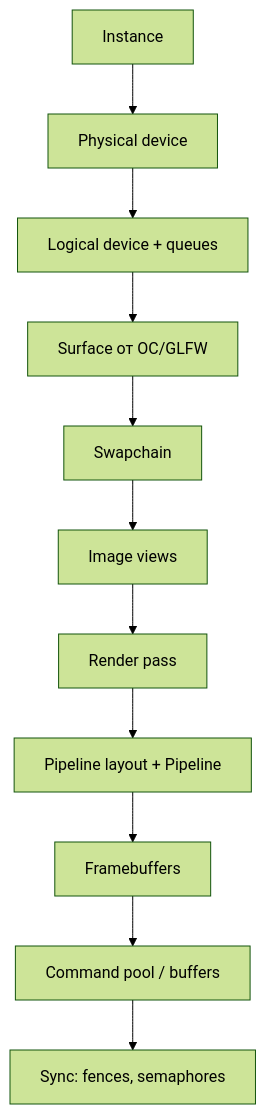
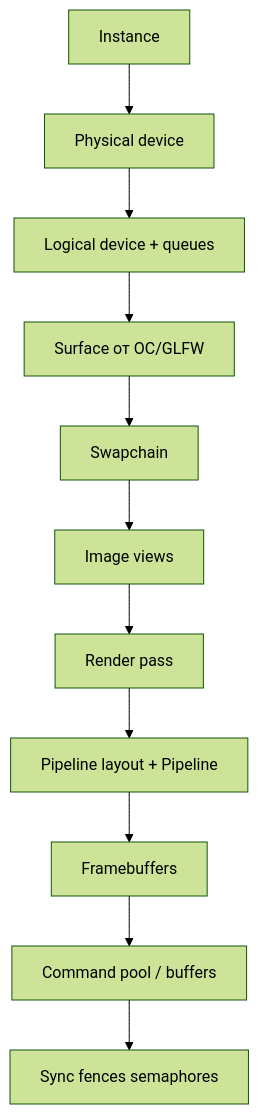
One commit to Spirzen/it-knowledge-base changed the diagram in docs/encyclopedia/5-languages/5-06-cpp/29.md. Above: the diagram before and after it, drawn with Mermaid (forest theme). The commit also changed other lines of this file and 172 other files, not shown here.

````diff
--- a/docs/encyclopedia/5-languages/5-06-cpp/29.md
+++ b/docs/encyclopedia/5-languages/5-06-cpp/29.md
@@ -50,13 +104,13 @@
 ```mermaid
 flowchart TD
   A[Instance] --> B[Physical device]
   B --> C[Logical device + queues]
   C --> D[Surface от ОС/GLFW]
   D --> E[Swapchain]
   E --> F[Image views]
   F --> G[Render pass]
   G --> H[Pipeline layout + Pipeline]
   H --> I[Framebuffers]
   I --> J[Command pool / buffers]
-  J --> K[Sync: fences, semaphores]
+  J --> K[Sync fences semaphores]
 ```
````
